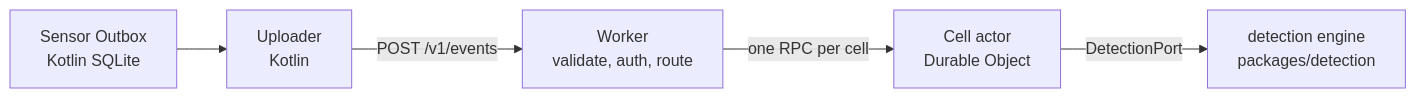
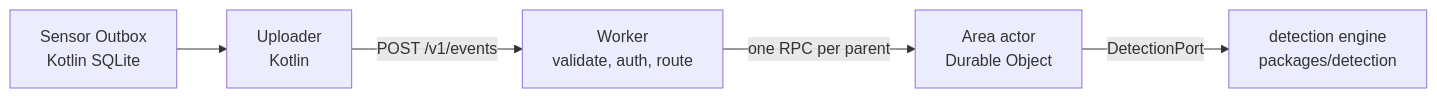
Before and after one commit to 3akare/outage: the first of 6 diagrams in .kiro/specs/event-ingest/design.md, drawn with Mermaid. The commit also changed other lines of this file and 50 other files, not shown here.

Commit message:
feat: area-cells helpers and public view, web page kit and pages, onboarding flow, alarm strings [spec:area-cells,web-and-area-pages,onboarding,alerts-and-light-alarm task:batch]

````diff
--- a/.kiro/specs/event-ingest/design.md
+++ b/.kiro/specs/event-ingest/design.md
@@ -9,7 +9,7 @@
 ```mermaid
 flowchart LR
     S[Sensor Outbox<br/>Kotlin SQLite] --> U[Uploader<br/>Kotlin]
     U -->|POST /v1/events| W[Worker<br/>validate, auth, route]
-    W -->|one RPC per cell| C[Cell actor<br/>Durable Object]
+    W -->|one RPC per parent| C[Area actor<br/>Durable Object]
     C -->|DetectionPort| D[detection engine<br/>packages/detection]
 ```
````
